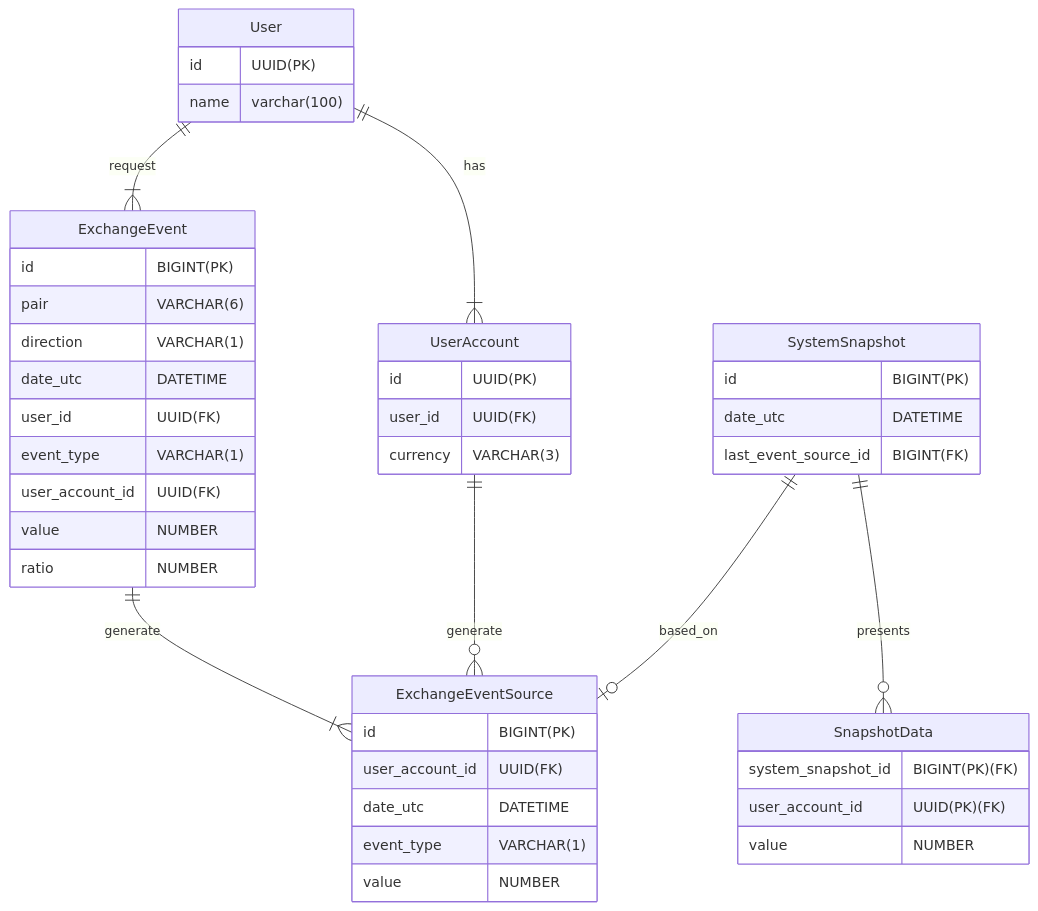
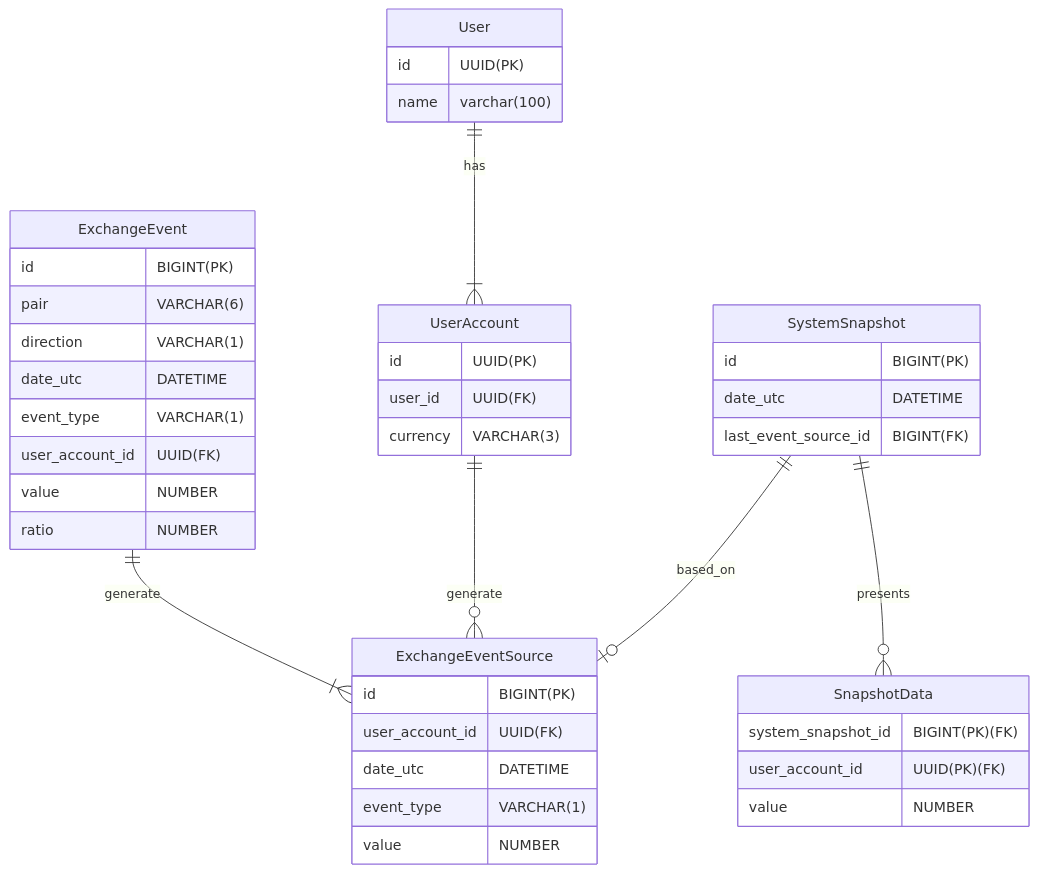
The diagram in docs/database.md (tomasz-franek/exchange-platform), drawn with Mermaid before and after one commit. The commit also changed 6 other files, not shown here.

````diff
--- a/docs/database.md
+++ b/docs/database.md
@@ -1,53 +1,51 @@
 ```mermaid
 erDiagram
     User {
         id UUID(PK)
         name varchar(100)
     }
 
     UserAccount {
         id UUID(PK)
         user_id UUID(FK)
         currency VARCHAR(3)
     }
 
     ExchangeEvent {
         id BIGINT(PK)
         pair VARCHAR(6)
         direction VARCHAR(1)
         date_utc DATETIME
-        user_id UUID(FK)
         event_type VARCHAR(1)
         user_account_id UUID(FK)
         value NUMBER
         ratio NUMBER
     }
 
     ExchangeEventSource {
         id BIGINT(PK)
         user_account_id UUID(FK)
         date_utc DATETIME
         event_type VARCHAR(1)
         value NUMBER
     }
 
     SystemSnapshot {
         id BIGINT(PK)
         date_utc DATETIME
         last_event_source_id BIGINT(FK)
     }
 
     SnapshotData {
         system_snapshot_id BIGINT(PK)(FK)
         user_account_id UUID(PK)(FK)
         value NUMBER
     }
 
-    User ||--|{ ExchangeEvent: request
     User ||--|{ UserAccount: has
     ExchangeEvent ||--|{ ExchangeEventSource: generate
     UserAccount ||--o{ ExchangeEventSource: generate
     SystemSnapshot ||--o| ExchangeEventSource: based_on
     SystemSnapshot ||--o{ SnapshotData: presents
 
 ```
````
